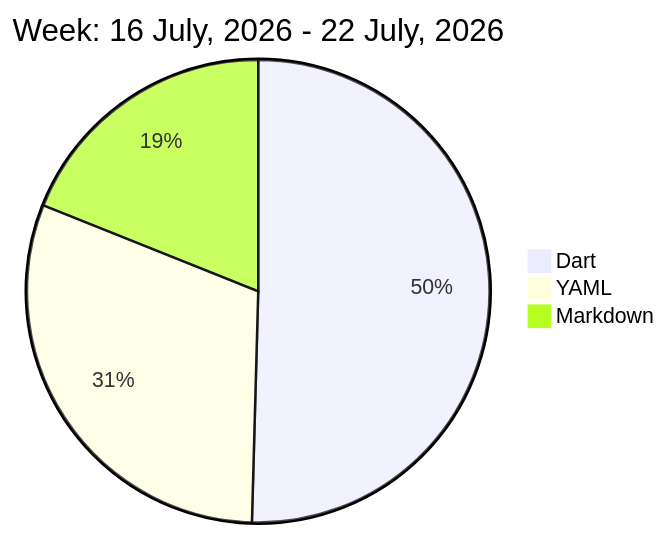
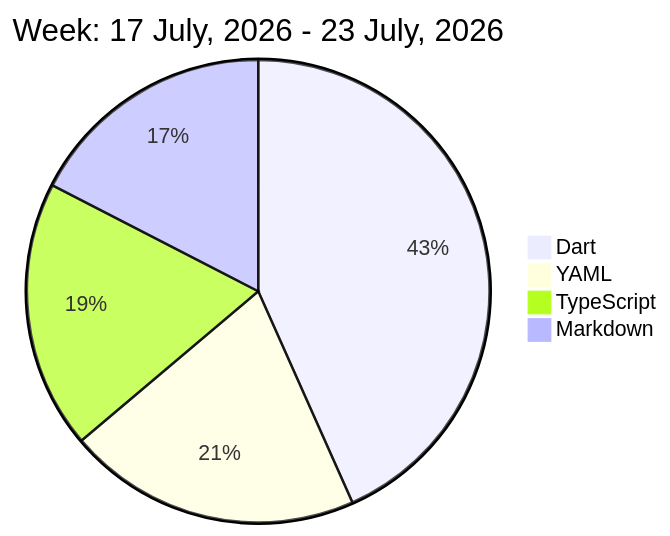
The diagram in README.md (liubin95/liubin95), drawn with Mermaid before and after one commit.

Commit message:
Updated the Graph with new Metrics

````diff
--- a/README.md
+++ b/README.md
@@ -32,7 +32,8 @@
 ```mermaid
  pie
-title Week: 16 July, 2026 - 22 July, 2026
- "Dart" : 8.12
- "YAML" : 4.93
- "Markdown" : 3.05
+title Week: 17 July, 2026 - 23 July, 2026
+ "Dart" : 9.02
+ "YAML" : 4.27
+ "TypeScript" : 3.9
+ "Markdown" : 3.63
 ```
````
